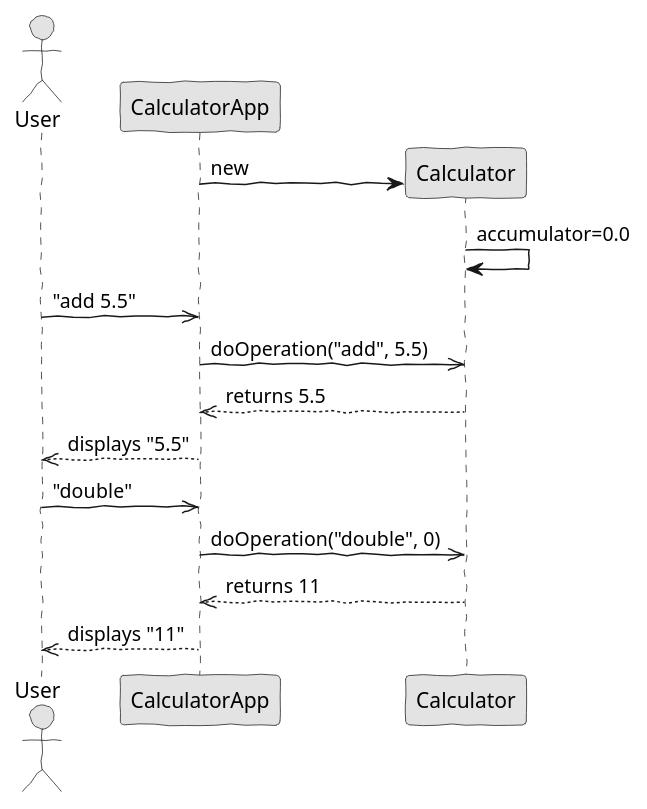
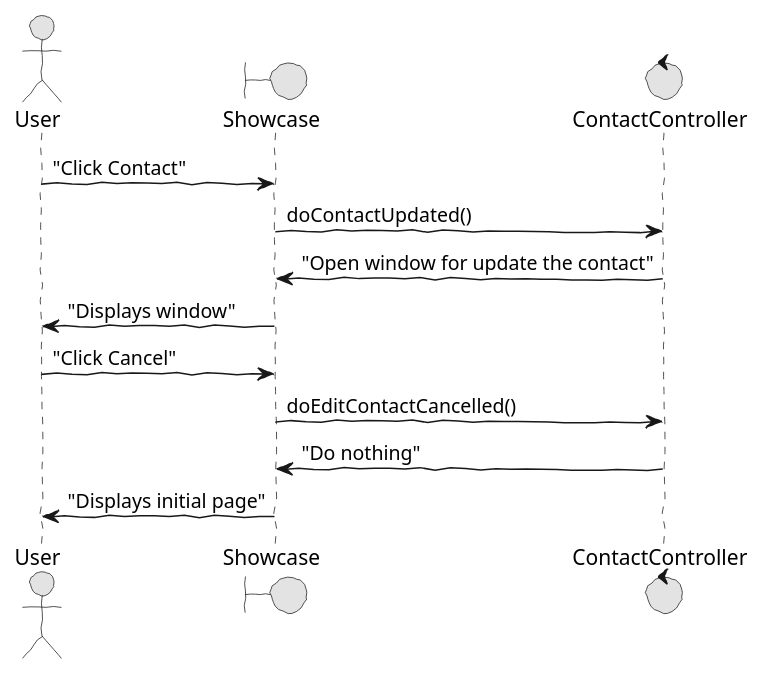
The diagram in analysis_design-component4/cms-students/src/main/puml/pt/isep/cms/sequence-diagram.puml (Wultyc/ISEP_2021_1A1S_ODSOFT), drawn with PlantUML before and after one commit. The commit also changed 2 other files, not shown here.

Commit message:
update do diagrama de sequência e do javadoc, close #34 #35

```diff
--- a/analysis_design-component4/cms-students/src/main/puml/pt/isep/cms/sequence-diagram.puml
+++ b/analysis_design-component4/cms-students/src/main/puml/pt/isep/cms/sequence-diagram.puml
@@ -1,27 +1,22 @@
 @startuml class-diagram.png
 skinparam handwritten true
 skinparam monochrome true
 skinparam packageStyle rect
 skinparam defaultFontName FG Virgil
 skinparam shadowing false
 
 actor User
-participant CalculatorApp
-participant Calculator
+boundary Showcase
+control ContactController
 
-create Calculator
-CalculatorApp -> Calculator : new
-Calculator -> Calculator : accumulator=0.0
-
-User ->> CalculatorApp : "add 5.5"
-CalculatorApp ->> Calculator : doOperation("add", 5.5)
-CalculatorApp <<-- Calculator : returns 5.5
-User <<-- CalculatorApp : displays "5.5"
-
-User ->> CalculatorApp : "double"
-CalculatorApp ->> Calculator : doOperation("double", 0)
-CalculatorApp <<-- Calculator : returns 11
-User <<-- CalculatorApp : displays "11"
+User -> Showcase : "Click Contact"
+Showcase -> ContactController : doContactUpdated()
+ContactController -> Showcase : "Open window for update the contact"
+Showcase -> User : "Displays window"
+User -> Showcase : "Click Cancel"
+Showcase -> ContactController : doEditContactCancelled()
+ContactController -> Showcase : "Do nothing"
+Showcase -> User : "Displays initial page"
 
 
 @enduml
```
